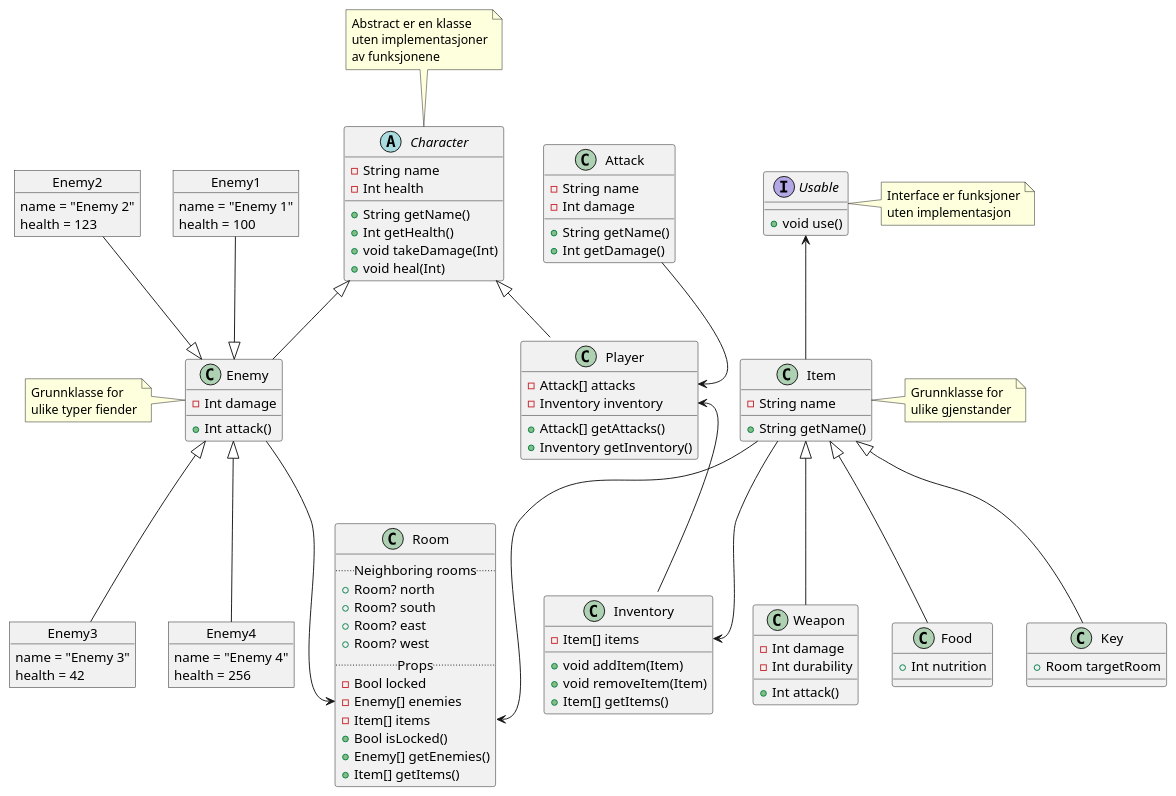
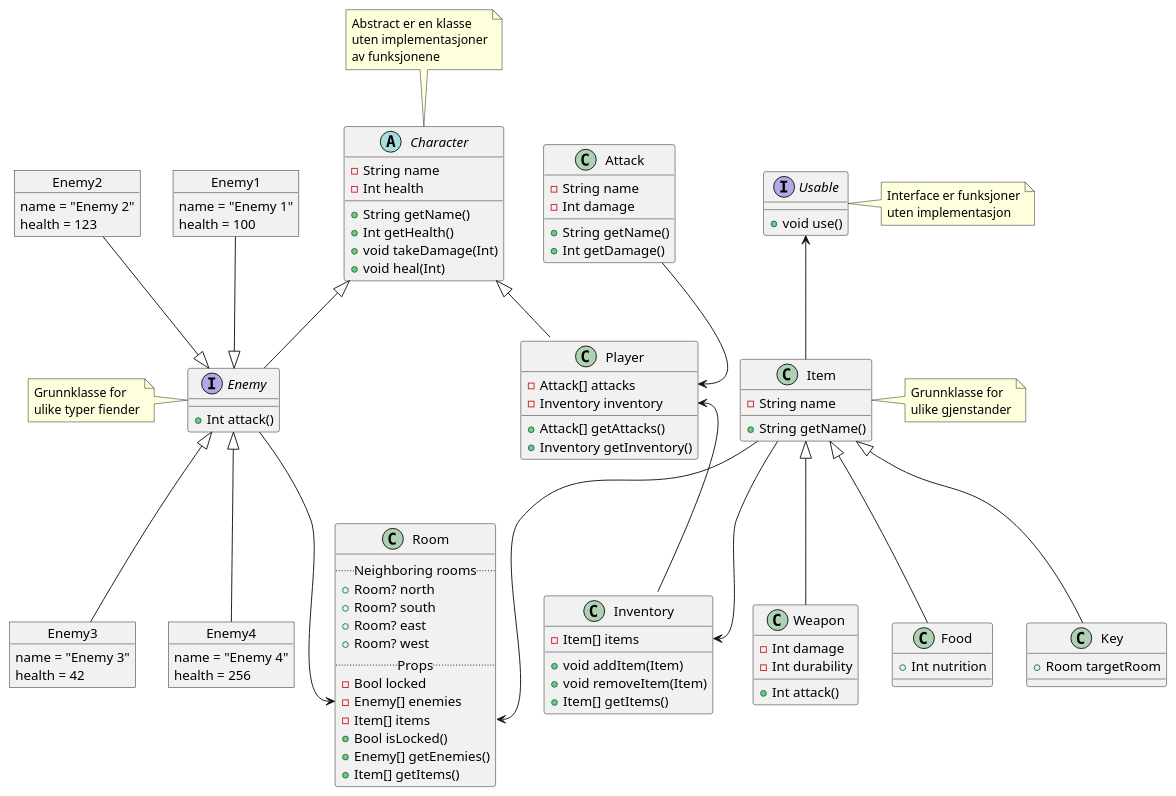
Before and after one commit to LilleAila/projects: the diagram in it2/10-systemutvikling/game.puml, drawn with PlantUML. The commit also changed 1 other file, not shown here.

Commit message:
enemy interface in 10-

```diff
--- a/it2/10-systemutvikling/game.puml
+++ b/it2/10-systemutvikling/game.puml
@@ -1,141 +1,140 @@
 @startuml
 ' skinparam groupInheritance 2
 
 abstract Character {
   - String name
   - Int health
   + String getName()
   + Int getHealth()
   + void takeDamage(Int)
   + void heal(Int)
 }
 
 note top of Character
   Abstract er en klasse
   uten implementasjoner
   av funksjonene
 end note
 
 object Enemy2 {
   name = "Enemy 2"
   health = 123
 }
 
 object Enemy1 {
   name = "Enemy 1"
   health = 100
 }
 
 object Enemy4 {
   name = "Enemy 4"
   health = 256
 }
 
 object Enemy3 {
   name = "Enemy 3"
   health = 42
 }
 
-class Enemy {
-  - Int damage
+interface Enemy {
   + Int attack()
 }
 
 note left of Enemy
   Grunnklasse for
   ulike typer fiender
 end note
 
 Enemy1 --|> Enemy
 Enemy2 --|> Enemy
 Enemy <|-- Enemy3
 Enemy <|-- Enemy4
 
 class Attack {
   - String name
   - Int damage
   + String getName()
   + Int getDamage()
 }
 
 class Inventory {
   - Item[] items
   + void addItem(Item)
   + void removeItem(Item)
   + Item[] getItems()
 }
 
 class Player {
   - Attack[] attacks
   - Inventory inventory
   + Attack[] getAttacks()
   + Inventory getInventory()
 }
 
 
 interface Usable {
   + void use()
 }
 
 note right of Usable
   Interface er funksjoner
   uten implementasjon
 end note
 
 class Item {
   - String name
   + String getName()
 }
 
 note right of Item
   Grunnklasse for
   ulike gjenstander
 end note
 
 Usable <-- Item
 
 class Weapon {
   - Int damage
   - Int durability
   + Int attack()
 }
 
 class Food {
   + Int nutrition
 }
 class Key {
   + Room targetRoom
 }
 
 Item <|-- Weapon
 Item <|-- Food
 Item <|-- Key
 
 Player::inventory <-- Inventory
 Item --> Inventory::items
 
 class Room {
   .. Neighboring rooms ..
   + Room? north
   + Room? south
   + Room? east
   + Room? west
   .. Props ..
   - Bool locked
   - Enemy[] enemies
   - Item[] items
   + Bool isLocked()
   + Enemy[] getEnemies()
   + Item[] getItems()
 }
 
 Item --> Room::items
 
 Enemy --> Room::enemies
 
 Attack --> Player::attacks
 
 Character <|-- Player
 Character <|-- Enemy
 
 @enduml
```
